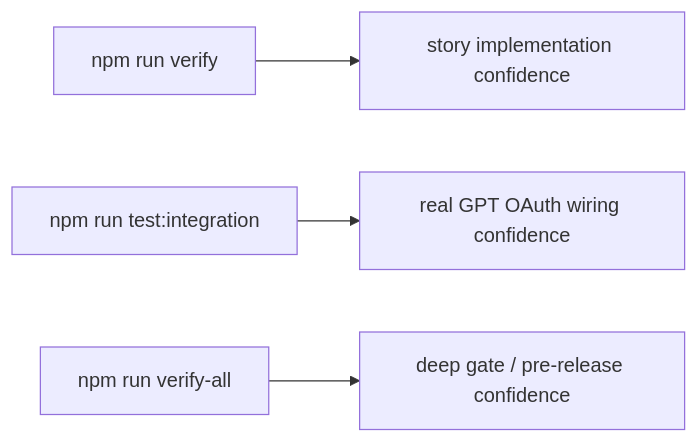
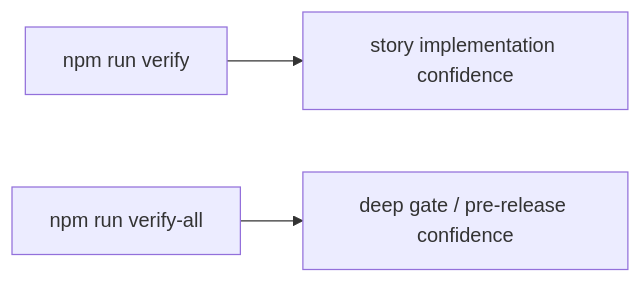
Before and after one commit to liminal-ai/pi-long-horizon: the seventh of 7 diagrams in docs/spec-build/epics/05-real-lower-band-compression/tech-design.md, drawn with Mermaid. The commit also changed other lines of this file and 11 other files, not shown here.

````diff
--- a/docs/spec-build/epics/05-real-lower-band-compression/tech-design.md
+++ b/docs/spec-build/epics/05-real-lower-band-compression/tech-design.md
@@ -540,6 +553,5 @@
 ```mermaid
 flowchart LR
     Fast["npm run verify"] --> Impl["story implementation confidence"]
-    Int["npm run test:integration"] --> Wiring["real GPT OAuth wiring confidence"]
     All["npm run verify-all"] --> Release["deep gate / pre-release confidence"]
 ```
````
